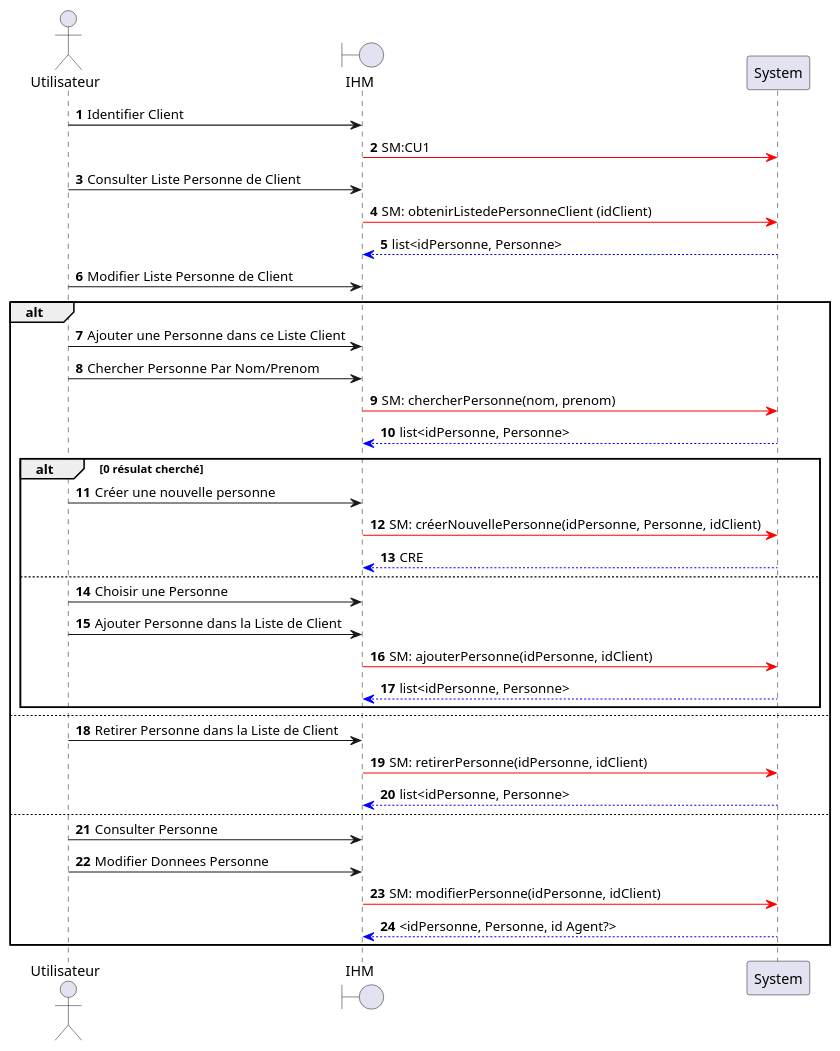
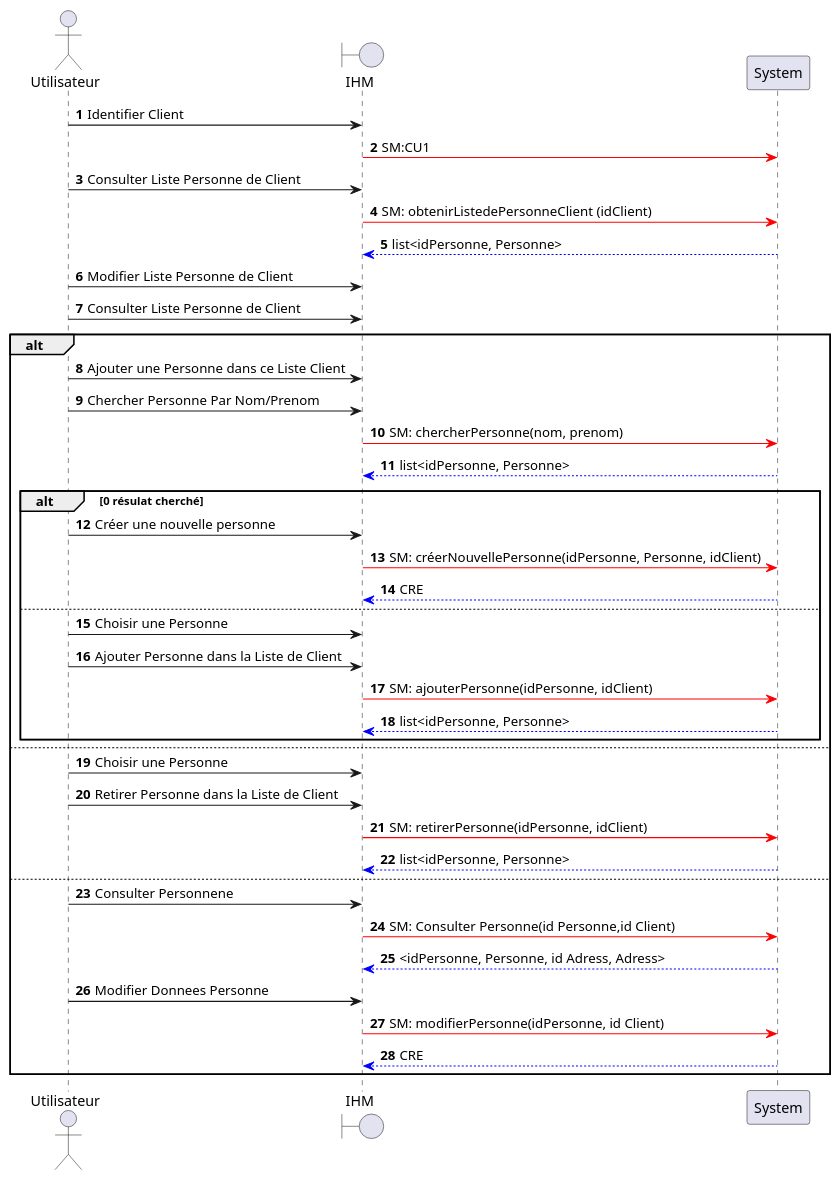
The diagram in src/documentation/CU2-DSS.puml (HZjiadong/PLD-MARS), drawn with PlantUML before and after one commit. The commit also changed 2 other files, not shown here.

```diff
--- a/src/documentation/CU2-DSS.puml
+++ b/src/documentation/CU2-DSS.puml
@@ -1,51 +1,54 @@
 @startuml
 
 actor Utilisateur as U
 boundary IHM as I
 participant System as S
 
 autonumber
 
 U->I: Identifier Client
     I-[#red]>S: SM:CU1
 
 U->I: Consulter Liste Personne de Client
     I-[#red]>S: SM: obtenirListedePersonneClient (idClient)
     S-[#0000FF]->I: list<idPersonne, Personne>
 
 U->I: Modifier Liste Personne de Client
+U->I: Consulter Liste Personne de Client
 alt
     U->I: Ajouter une Personne dans ce Liste Client
 
     U->I: Chercher Personne Par Nom/Prenom
         I-[#red]>S: SM: chercherPersonne(nom, prenom)
         S-[#0000FF]->I: list<idPersonne, Personne>
     alt  0 résulat cherché
     U->I: Créer une nouvelle personne
             I-[#red]>S: SM: créerNouvellePersonne(idPersonne, Personne, idClient)
             S-[#0000FF]->I: CRE
     else
     U->I: Choisir une Personne
 
     U->I: Ajouter Personne dans la Liste de Client
         I-[#red]>S: SM: ajouterPersonne(idPersonne, idClient)
         S-[#0000FF]->I: list<idPersonne, Personne>
     end
 else
+    U->I: Choisir une Personne
     U->I: Retirer Personne dans la Liste de Client
         I-[#red]>S: SM: retirerPersonne(idPersonne, idClient)
         S-[#0000FF]->I: list<idPersonne, Personne>
 else
-    U->I: Consulter Personne
-
+    U->I: Consulter Personnene
+        I-[#red]>S: SM: Consulter Personne(id Personne,id Client)
+        S-[#0000FF]->I: <idPersonne, Personne, id Adress, Adress>
     U->I: Modifier Donnees Personne
-        I-[#red]>S: SM: modifierPersonne(idPersonne, idClient)
-        S-[#0000FF]->I: <idPersonne, Personne, id Agent?>
+        I-[#red]>S: SM: modifierPersonne(idPersonne, id Client)
+        S-[#0000FF]->I: CRE
 end
 
 
 
 
 
 
 @enduml
```
